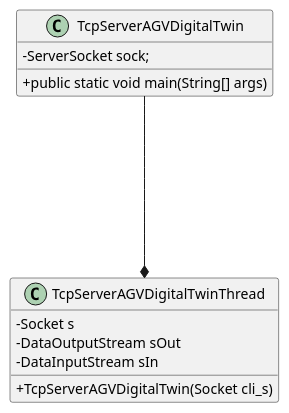
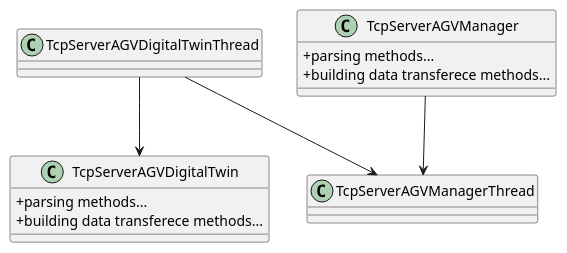
One commit to RuiRioPina/LAPR4-21-22 changed the diagram in docs/1201568/US5001/Diagramas/cd.puml. Above: the diagram before and after it, drawn with PlantUML. The commit also changed 3 other files, not shown here.

Commit message:
#31 [US5001] [Documentation] Updating the documentation of the server client interaction, which was poorly drawn out before. This was due to the learning process involved in this new topic.

```diff
--- a/docs/1201568/US5001/Diagramas/cd.puml
+++ b/docs/1201568/US5001/Diagramas/cd.puml
@@ -1,22 +1,32 @@
 @startuml
 skinparam classAttributeIconSize 0
 
+Class "TcpServerAGVDigitalTwin"{
++parsing methods...
++building data transferece methods...
+}
 
-Class "TcpServerAGVDigitalTwin"{
-- ServerSocket sock;
+Class "TcpServerAGVDigitalTwinThread"{
+       
+}
 
-+public static void main(String[] args)
+Class "TcpServerAGVManager"{
++parsing methods...
++building data transferece methods...
+}
+
+Class "TcpServerAGVManagerThread"{
 
 }
 
-Class "TcpServerAGVDigitalTwinThread"{
-    - Socket s
-    - DataOutputStream sOut
-    - DataInputStream sIn
 
-    + TcpServerAGVDigitalTwin(Socket cli_s)
-}
 
-"TcpServerAGVDigitalTwin" ----* "TcpServerAGVDigitalTwinThread"
 
+
+
+"TcpServerAGVDigitalTwinThread"  -->  "TcpServerAGVDigitalTwin"
+
+"TcpServerAGVManager"  -->  "TcpServerAGVManagerThread"
+
+"TcpServerAGVDigitalTwinThread" --> "TcpServerAGVManagerThread"
 @enduml
```
